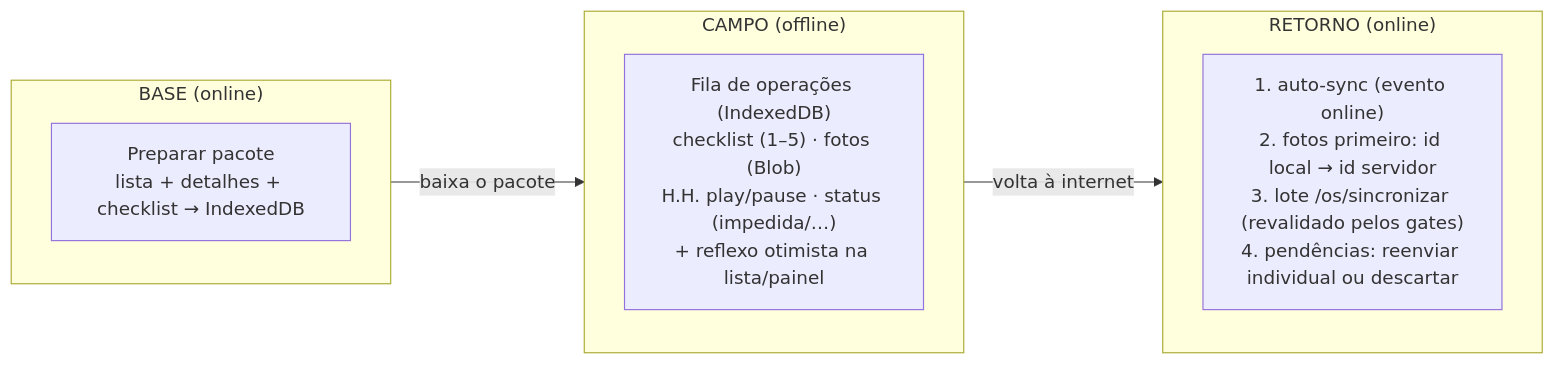
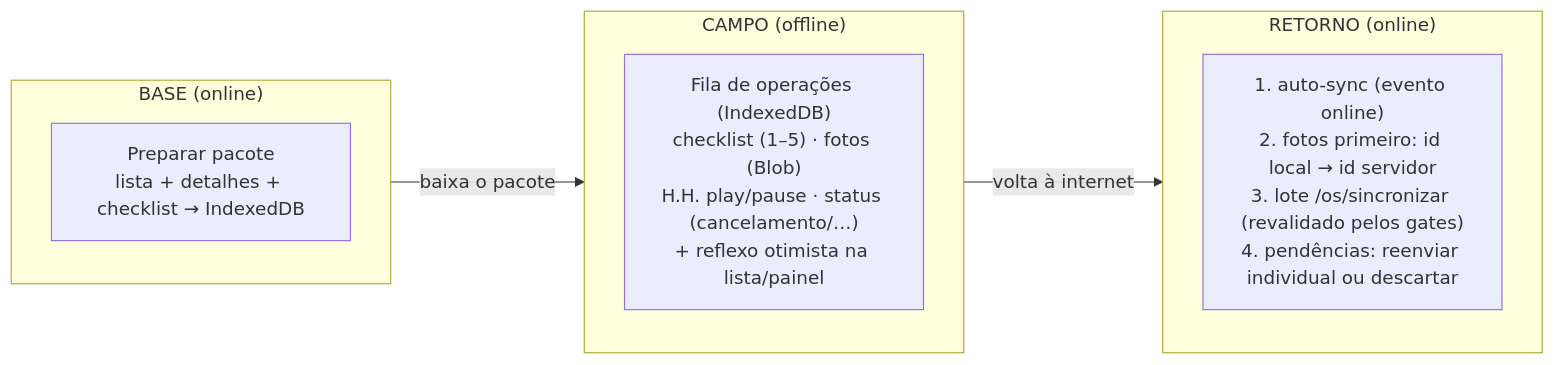
One commit to Edenir-Munaretto/App_Munaretto changed the fourth of 4 diagrams in DIAGRAMA_OS.md. Above: the diagram before and after it, drawn with Mermaid. The commit also changed other lines of this file and 13 other files, not shown here.

````diff
--- a/DIAGRAMA_OS.md
+++ b/DIAGRAMA_OS.md
@@ -171,15 +165,15 @@
 ```mermaid
 flowchart LR
     subgraph Base["BASE (online)"]
         P["Preparar pacote<br/>lista + detalhes + checklist → IndexedDB"]
     end
     subgraph Campo["CAMPO (offline)"]
-        F["Fila de operações (IndexedDB)<br/>checklist (1–5) · fotos (Blob)<br/>H.H. play/pause · status (impedida/…)<br/>+ reflexo otimista na lista/painel"]
+        F["Fila de operações (IndexedDB)<br/>checklist (1–5) · fotos (Blob)<br/>H.H. play/pause · status (cancelamento/…)<br/>+ reflexo otimista na lista/painel"]
     end
     subgraph Retorno["RETORNO (online)"]
         S["1. auto-sync (evento online)<br/>2. fotos primeiro: id local → id servidor<br/>3. lote /os/sincronizar (revalidado pelos gates)<br/>4. pendências: reenviar individual ou descartar"]
     end
 
     Base -->|"baixa o pacote"| Campo
     Campo -->|"volta à internet"| Retorno
 ```
````
